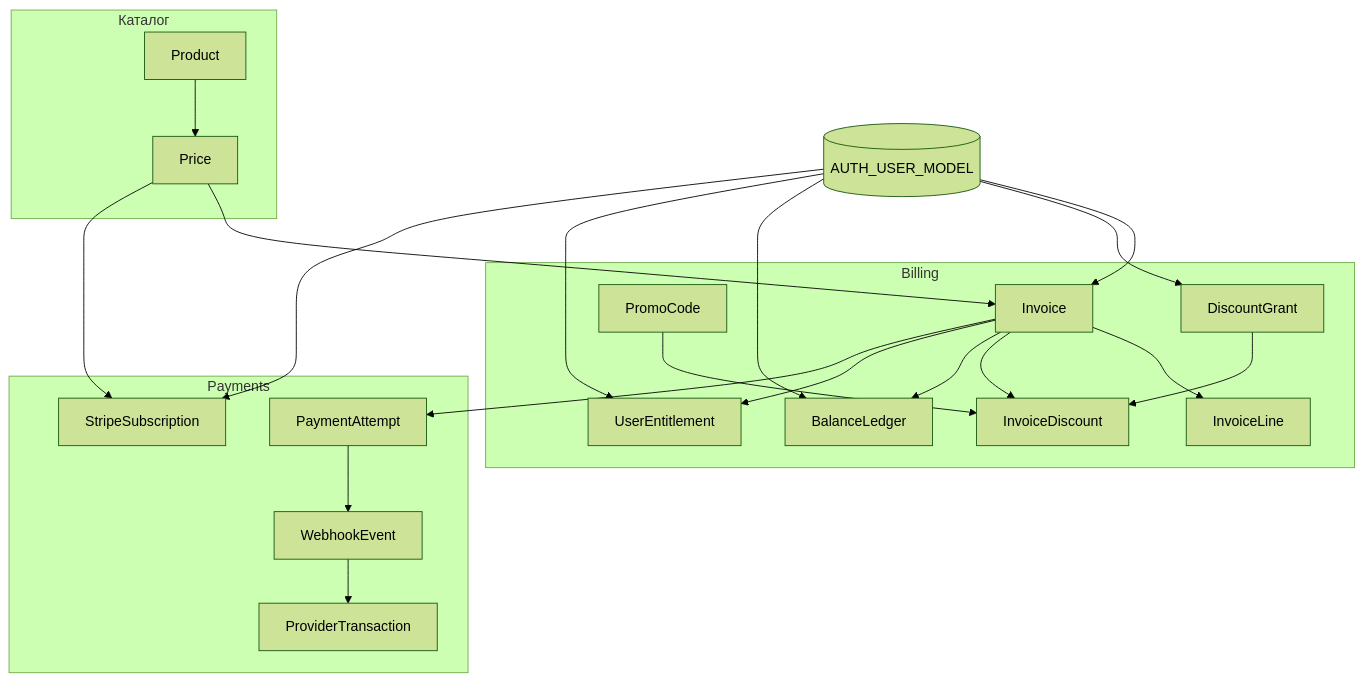
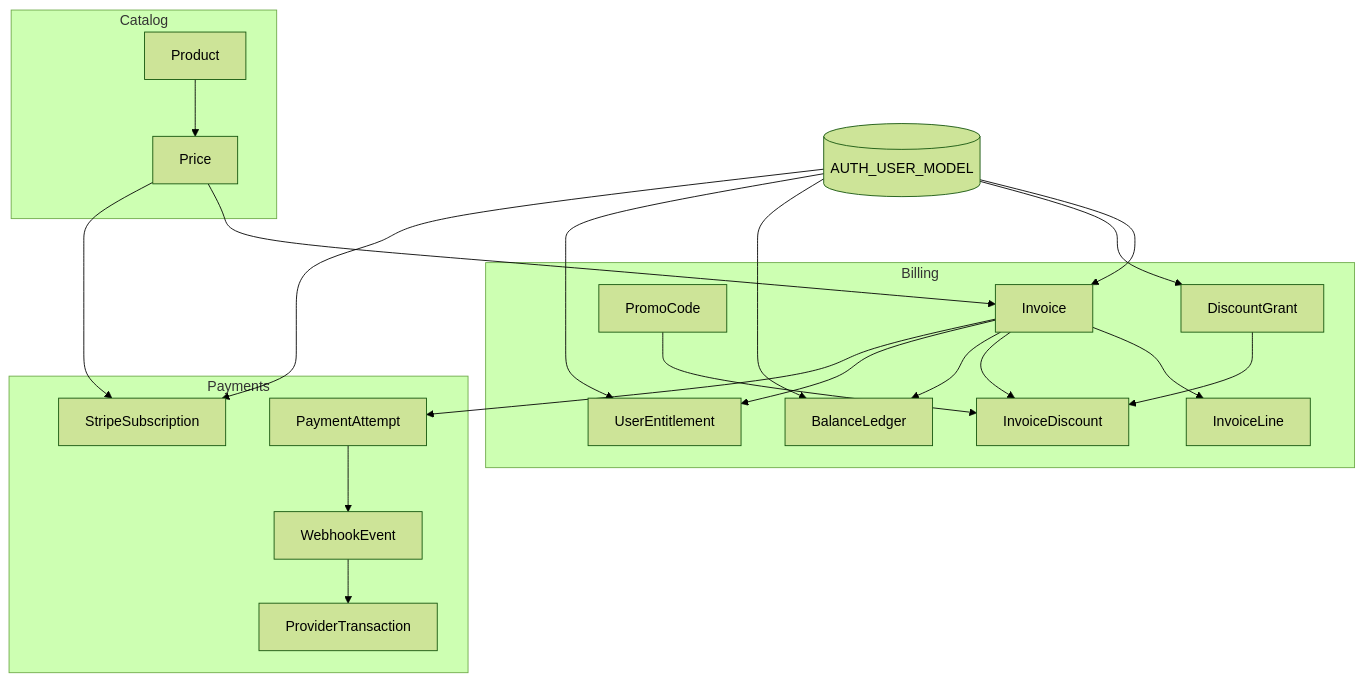
Before and after one commit to svalench/django-stripe-plisio: the second of 3 diagrams in README.md, drawn with Mermaid (forest theme). The commit also changed other lines of this file and 2 other files, not shown here.

````diff
--- a/README.md
+++ b/README.md
@@ -323,29 +323,29 @@
 ```mermaid
 flowchart TD
-    subgraph catalog [Каталог]
+    subgraph catalog [Catalog]
         Product --> Price
     end
 
     subgraph billing [Billing]
         Price --> Invoice
         Invoice --> InvoiceLine
         PromoCode --> InvoiceDiscount
         DiscountGrant --> InvoiceDiscount
         Invoice --> InvoiceDiscount
         Invoice --> BalanceLedger
         Invoice --> UserEntitlement
     end
 
     subgraph payments [Payments]
         Invoice --> PaymentAttempt
         PaymentAttempt --> WebhookEvent
         WebhookEvent --> ProviderTransaction
         Price --> StripeSubscription
     end
 
     User[(AUTH_USER_MODEL)] --> Invoice
     User --> DiscountGrant
     User --> BalanceLedger
     User --> UserEntitlement
     User --> StripeSubscription
 ```
````
